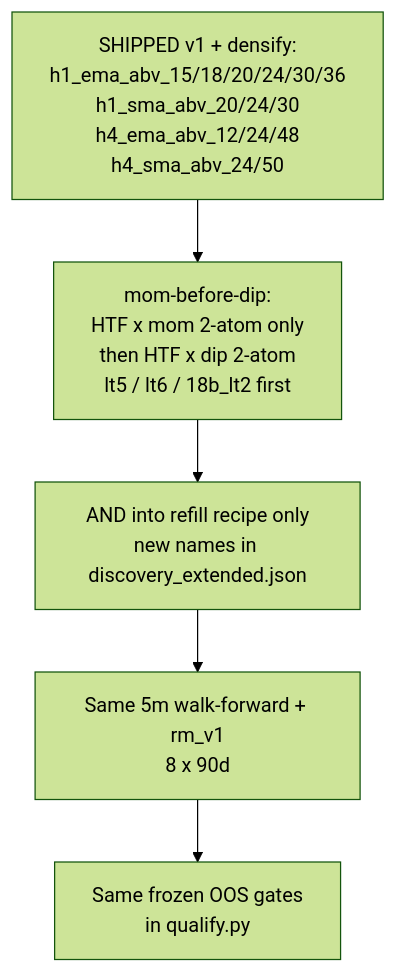
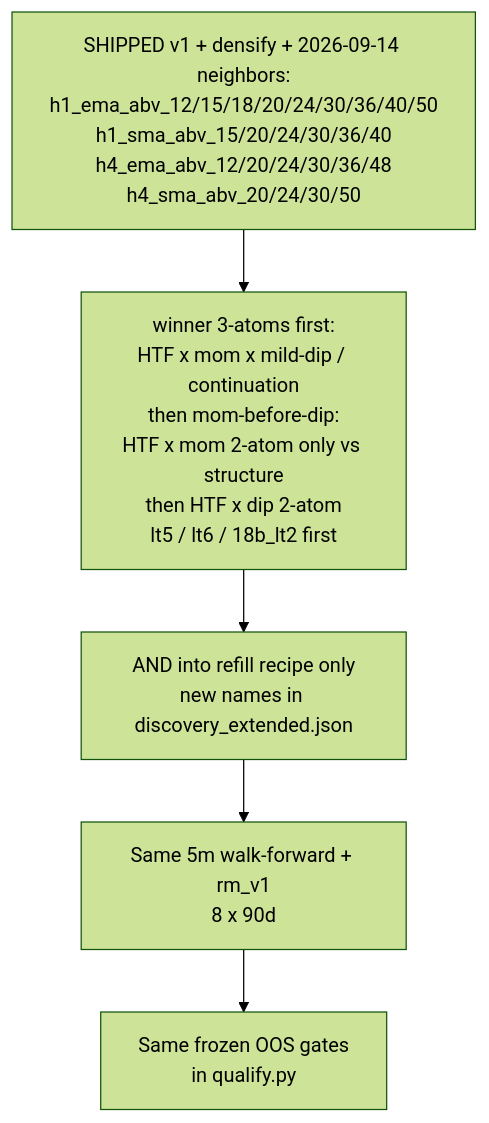
One commit to Runemark7/paper-trading-bot changed the third of 3 diagrams in docs/WORKFLOW.md. Above: the diagram before and after it, drawn with Mermaid (forest theme). The commit also changed other lines of this file and 6 other files, not shown here.

First line of the commit message:
feat(discovery): un-dry mint with HTF winner 3-atoms (#59)

````diff
--- a/docs/WORKFLOW.md
+++ b/docs/WORKFLOW.md
@@ -162,10 +168,10 @@
 ```mermaid
 flowchart TB
-  shipped["SHIPPED v1 + densify:\nh1_ema_abv_15/18/20/24/30/36\nh1_sma_abv_20/24/30\nh4_ema_abv_12/24/48\nh4_sma_abv_24/50"]
-  order["mom-before-dip:\nHTF x mom 2-atom only\nthen HTF x dip 2-atom\nlt5 / lt6 / 18b_lt2 first"]
+  shipped["SHIPPED v1 + densify + 2026-09-14 neighbors:\nh1_ema_abv_12/15/18/20/24/30/36/40/50\nh1_sma_abv_15/20/24/30/36/40\nh4_ema_abv_12/20/24/30/36/48\nh4_sma_abv_20/24/30/50"]
+  order["winner 3-atoms first:\nHTF x mom x mild-dip / continuation\nthen mom-before-dip:\nHTF x mom 2-atom only vs structure\nthen HTF x dip 2-atom\nlt5 / lt6 / 18b_lt2 first"]
   mintOnly["AND into refill recipe only\nnew names in discovery_extended.json"]
   sameEval["Same 5m walk-forward + rm_v1\n8 x 90d"]
   sameGate["Same frozen OOS gates\nin qualify.py"]
 
   shipped --> order --> mintOnly --> sameEval --> sameGate
 ```
````
